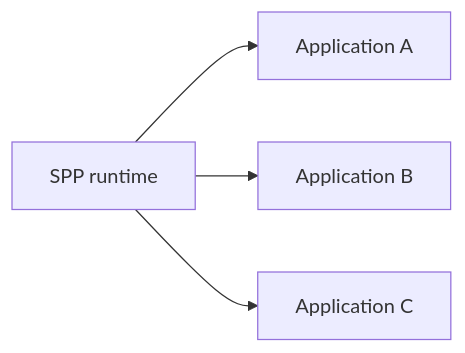
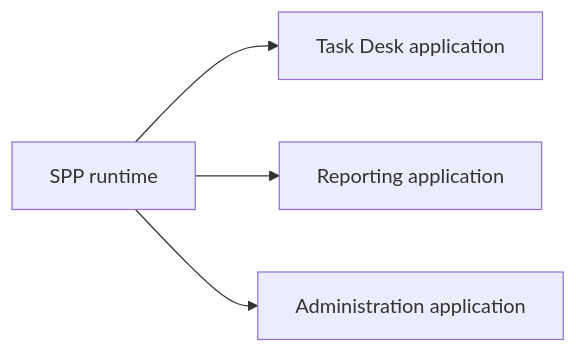
Before and after one commit to shuklasp/spp: the first of 9 diagrams in documentation/handbook/21-enterprise-architecture-and-deployment.md, drawn with Mermaid. The commit also changed other lines of this file, not shown here.

Commit message:
Deep rewrite enterprise architecture and deployment for beginner to advanced

````diff
--- a/documentation/handbook/21-enterprise-architecture-and-deployment.md
+++ b/documentation/handbook/21-enterprise-architecture-and-deployment.md
@@ -23,6 +27,6 @@
 ```mermaid
 flowchart LR
-    A[SPP runtime] --> B[Application A]
-    A --> C[Application B]
-    A --> D[Application C]
+    R[SPP runtime] --> A[Task Desk application]
+    R --> B[Reporting application]
+    R --> C[Administration application]
 ```
````
